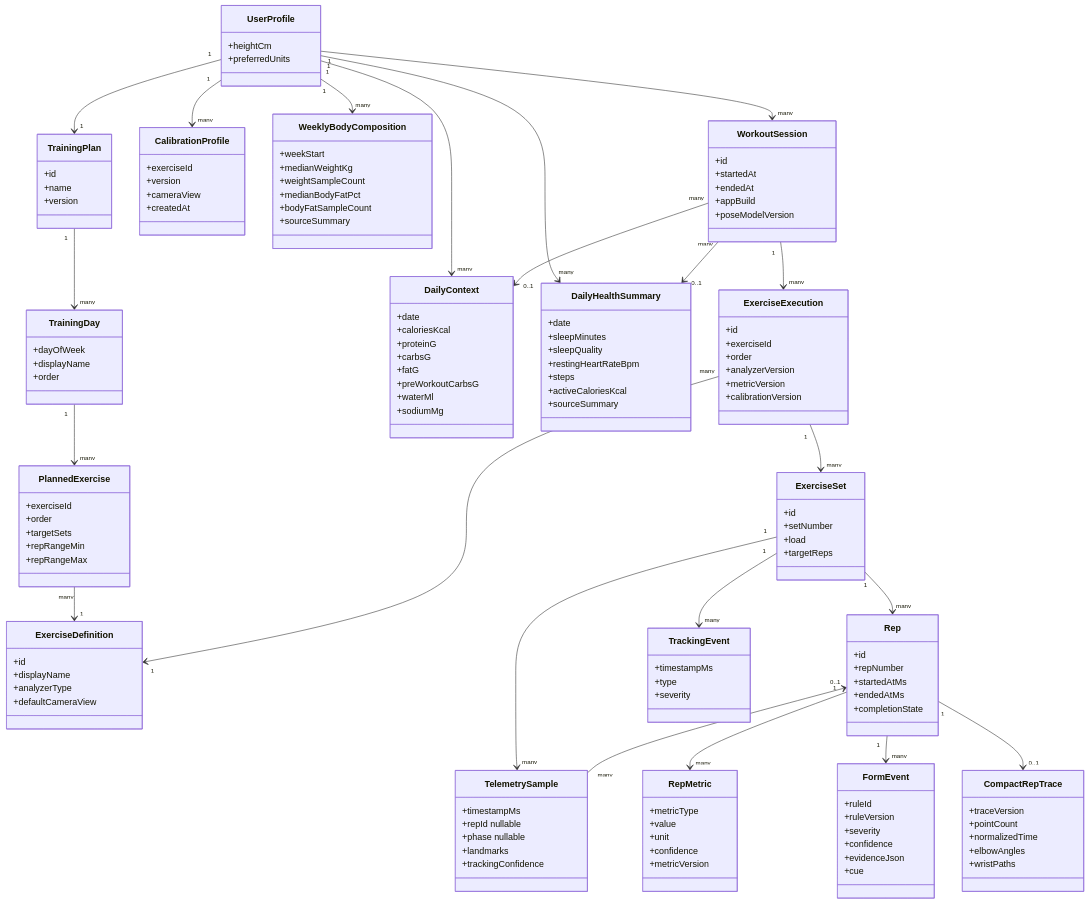
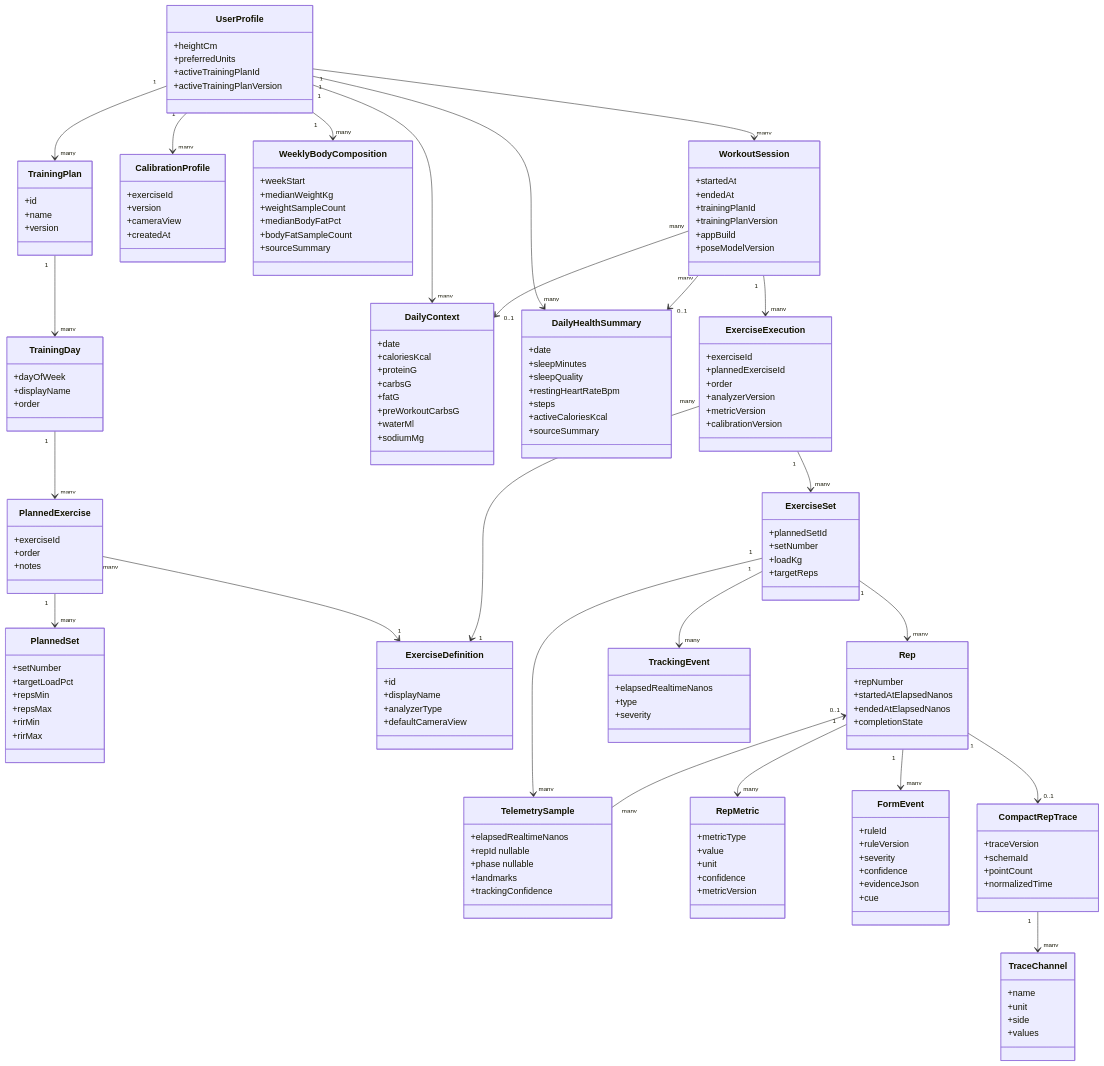
Before and after one commit to lazerta/gym-buddy: the third of 7 diagrams in docs/uml/OVERVIEW.md, drawn with Mermaid. The commit also changed other lines of this file, not shown here.

Commit message:
UML v0.5: sync overview with second-review fixes

````diff
--- a/docs/uml/OVERVIEW.md
+++ b/docs/uml/OVERVIEW.md
@@ -62,42 +66,44 @@
     class UserProfile {
       +heightCm
       +preferredUnits
+      +activeTrainingPlanId
+      +activeTrainingPlanVersion
     }
-
     class TrainingPlan {
       +id
       +name
       +version
     }
-
     class TrainingDay {
       +dayOfWeek
       +displayName
       +order
     }
-
     class PlannedExercise {
       +exerciseId
       +order
-      +targetSets
-      +repRangeMin
-      +repRangeMax
+      +notes
     }
-
+    class PlannedSet {
+      +setNumber
+      +targetLoadPct
+      +repsMin
+      +repsMax
+      +rirMin
+      +rirMax
+    }
     class ExerciseDefinition {
       +id
       +displayName
       +analyzerType
       +defaultCameraView
     }
-
     class CalibrationProfile {
       +exerciseId
       +version
       +cameraView
       +createdAt
     }
-
     class DailyContext {
       +date
       +caloriesKcal
@@ -108,7 +114,6 @@
       +waterMl
       +sodiumMg
     }
-
     class DailyHealthSummary {
       +date
       +sleepMinutes
@@ -118,7 +123,6 @@
       +activeCaloriesKcal
       +sourceSummary
     }
-
     class WeeklyBodyComposition {
       +weekStart
       +medianWeightKg
@@ -127,53 +131,46 @@
       +bodyFatSampleCount
       +sourceSummary
     }
-
     class WorkoutSession {
-      +id
       +startedAt
       +endedAt
+      +trainingPlanId
+      +trainingPlanVersion
       +appBuild
       +poseModelVersion
     }
-
     class ExerciseExecution {
-      +id
       +exerciseId
+      +plannedExerciseId
       +order
       +analyzerVersion
       +metricVersion
       +calibrationVersion
     }
-
     class ExerciseSet {
-      +id
+      +plannedSetId
       +setNumber
-      +load
+      +loadKg
       +targetReps
     }
-
     class Rep {
-      +id
       +repNumber
-      +startedAtMs
-      +endedAtMs
+      +startedAtElapsedNanos
+      +endedAtElapsedNanos
       +completionState
     }
-
     class TelemetrySample {
-      +timestampMs
+      +elapsedRealtimeNanos
       +repId nullable
       +phase nullable
       +landmarks
       +trackingConfidence
     }
-
     class TrackingEvent {
-      +timestampMs
+      +elapsedRealtimeNanos
       +type
       +severity
     }
-
     class RepMetric {
       +metricType
       +value
@@ -181,7 +178,6 @@
       +confidence
       +metricVersion
     }
-
     class FormEvent {
       +ruleId
       +ruleVersion
@@ -190,18 +186,23 @@
       +evidenceJson
       +cue
     }
-
     class CompactRepTrace {
       +traceVersion
+      +schemaId
       +pointCount
       +normalizedTime
-      +elbowAngles
-      +wristPaths
+    }
+    class TraceChannel {
+      +name
+      +unit
+      +side
+      +values
     }
 
-    UserProfile "1" --> "1" TrainingPlan
+    UserProfile "1" --> "many" TrainingPlan
     TrainingPlan "1" --> "many" TrainingDay
     TrainingDay "1" --> "many" PlannedExercise
+    PlannedExercise "1" --> "many" PlannedSet
     PlannedExercise "many" --> "1" ExerciseDefinition
     UserProfile "1" --> "many" CalibrationProfile
     UserProfile "1" --> "many" DailyContext
@@ -218,6 +219,7 @@
     Rep "1" --> "many" RepMetric
     Rep "1" --> "many" FormEvent
     Rep "1" --> "0..1" CompactRepTrace
+    CompactRepTrace "1" --> "many" TraceChannel
     WorkoutSession "many" --> "0..1" DailyContext
     WorkoutSession "many" --> "0..1" DailyHealthSummary
 ```
````
